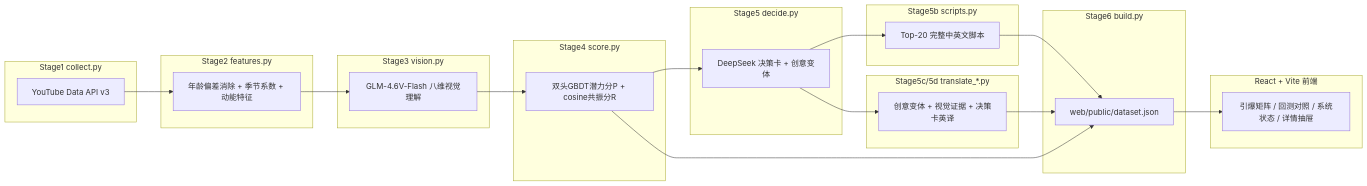
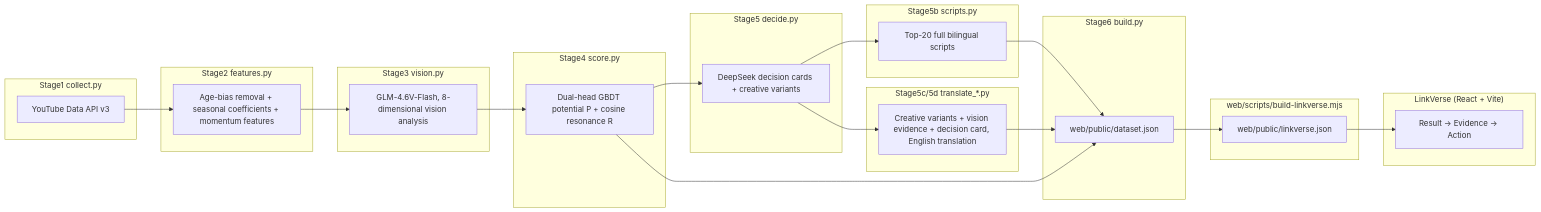
One commit to ChenYvhang/linkverse changed the diagram in README.md. Above: the diagram before and after it, drawn with Mermaid. The commit also changed other lines of this file, not shown here.

First line of the commit message:
Translate README to English and update it for the LinkVerse rewrite

````diff
--- a/README.md
+++ b/README.md
@@ -43,35 +54,38 @@
 ```mermaid
 flowchart LR
     subgraph Stage1["Stage1 collect.py"]
         A[YouTube Data API v3]
     end
     subgraph Stage2["Stage2 features.py"]
-        B[年龄偏差消除 + 季节系数 + 动能特征]
+        B[Age-bias removal + seasonal coefficients + momentum features]
     end
     subgraph Stage3["Stage3 vision.py"]
-        C[GLM-4.6V-Flash 八维视觉理解]
+        C[GLM-4.6V-Flash, 8-dimensional vision analysis]
     end
     subgraph Stage4["Stage4 score.py"]
-        D[双头GBDT潜力分P + cosine共振分R]
+        D[Dual-head GBDT potential P + cosine resonance R]
     end
     subgraph Stage5["Stage5 decide.py"]
-        E[DeepSeek 决策卡 + 创意变体]
+        E[DeepSeek decision cards + creative variants]
     end
     subgraph Stage5b["Stage5b scripts.py"]
-        F[Top-20 完整中英文脚本]
+        F[Top-20 full bilingual scripts]
     end
     subgraph Stage5cd["Stage5c/5d translate_*.py"]
-        G[创意变体 + 视觉证据 + 决策卡英译]
+        G[Creative variants + vision evidence + decision card, English translation]
     end
     subgraph Stage6["Stage6 build.py"]
         H[web/public/dataset.json]
     end
-    subgraph Web["React + Vite 前端"]
-        I[引爆矩阵 / 回测对照 / 系统状态 / 详情抽屉]
+    subgraph Trim["web/scripts/build-linkverse.mjs"]
+        I[web/public/linkverse.json]
+    end
+    subgraph Web["LinkVerse (React + Vite)"]
+        J[Result -> Evidence -> Action]
     end
 
     A --> B --> C --> D --> E --> F --> H
     E --> G --> H
     D --> H
-    H --> I
+    H --> I --> J
 ```
````
